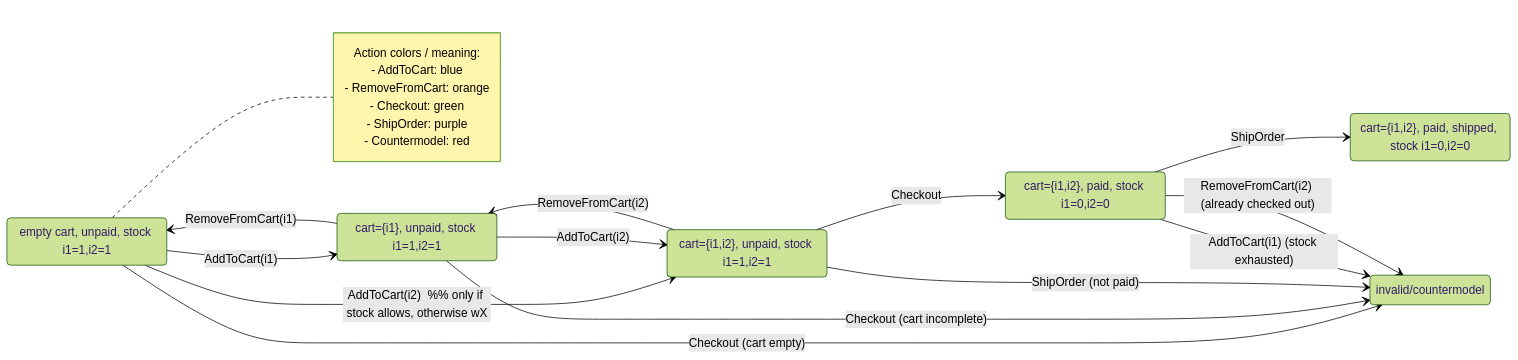
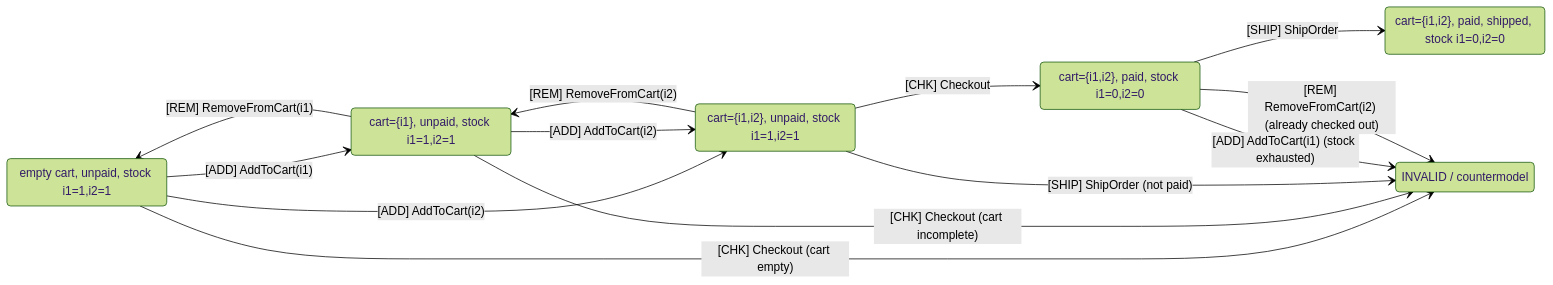
One commit to Feyerabend/bb changed the diagram in workbook/ch06/sec/paradigm/modern/SAMPLE.md. Above: the diagram before and after it, drawn with Mermaid (forest theme).

````diff
--- a/workbook/ch06/sec/paradigm/modern/SAMPLE.md
+++ b/workbook/ch06/sec/paradigm/modern/SAMPLE.md
@@ -88,38 +88,28 @@
 ```mermaid
 stateDiagram-v2
     direction LR
 
     %% Worlds (states)
     w0 : empty cart, unpaid, stock i1=1,i2=1
     w1 : cart={i1}, unpaid, stock i1=1,i2=1
     w2 : cart={i1,i2}, unpaid, stock i1=1,i2=1
     w3 : cart={i1,i2}, paid, stock i1=0,i2=0
     w4 : cart={i1,i2}, paid, shipped, stock i1=0,i2=0
-    wX : invalid/countermodel
+    wX : INVALID / countermodel
 
     %% Valid transitions
-    w0 --> w1 : AddToCart(i1)
-    w0 --> w2 : AddToCart(i2)  %% only if stock allows, otherwise wX
-    w1 --> w2 : AddToCart(i2)
-    w2 --> w3 : Checkout
-    w3 --> w4 : ShipOrder
-    w2 --> w1 : RemoveFromCart(i2)
-    w1 --> w0 : RemoveFromCart(i1)
+    w0 --> w1 : [ADD] AddToCart(i1)
+    w0 --> w2 : [ADD] AddToCart(i2)
+    w1 --> w2 : [ADD] AddToCart(i2)
+    w2 --> w3 : [CHK] Checkout
+    w3 --> w4 : [SHIP] ShipOrder
+    w2 --> w1 : [REM] RemoveFromCart(i2)
+    w1 --> w0 : [REM] RemoveFromCart(i1)
 
     %% Invalid transitions (countermodels)
-    w0 --> wX : Checkout (cart empty)
-    w1 --> wX : Checkout (cart incomplete)
-    w2 --> wX : ShipOrder (not paid)
-    w3 --> wX : AddToCart(i1) (stock exhausted)
-    w3 --> wX : RemoveFromCart(i2) (already checked out)
-
-    %% Notes for action semantics
-    note right of w0
-        Action colors / meaning:
-        - AddToCart: blue
-        - RemoveFromCart: orange
-        - Checkout: green
-        - ShipOrder: purple
-        - Countermodel: red
-    end note
+    w0 --> wX : [CHK] Checkout (cart empty)
+    w1 --> wX : [CHK] Checkout (cart incomplete)
+    w2 --> wX : [SHIP] ShipOrder (not paid)
+    w3 --> wX : [ADD] AddToCart(i1) (stock exhausted)
+    w3 --> wX : [REM] RemoveFromCart(i2) (already checked out)
 ```
````
